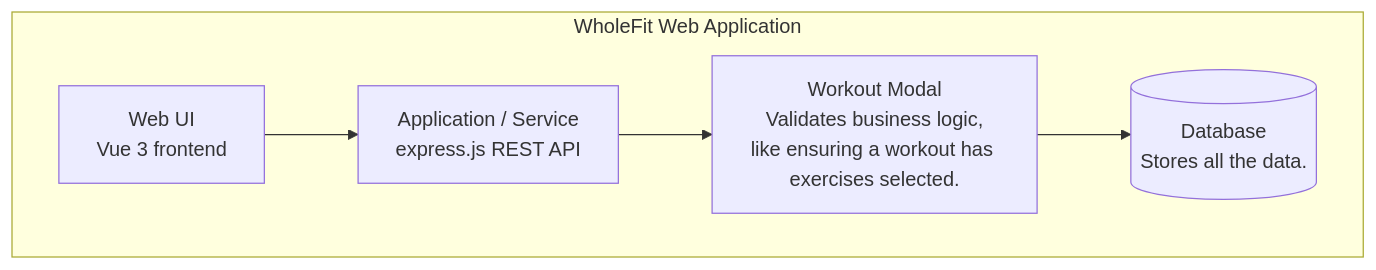
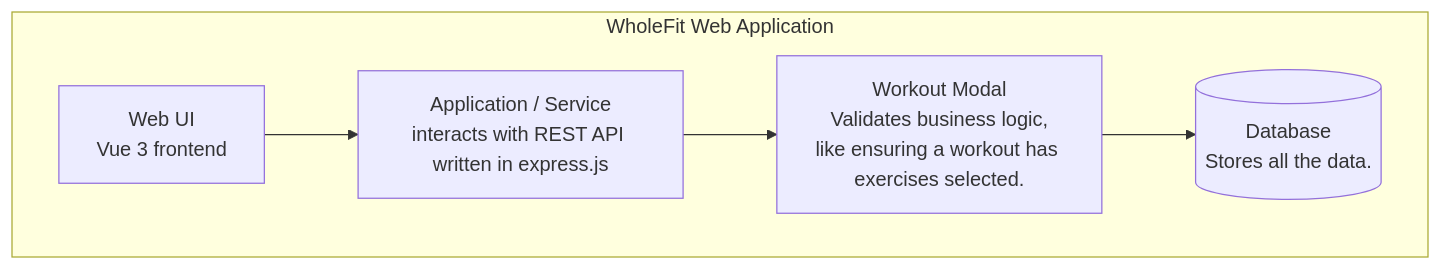
One commit to GoldLion72/cen5064-project-lusbel changed the second of 4 diagrams in README.md. Above: the diagram before and after it, drawn with Mermaid.

Commit message:
Update README.md: made some minor modficiations

````diff
--- a/README.md
+++ b/README.md
@@ -72,9 +72,9 @@
 ```mermaid
 %% Container view: your containers should match the tier table above.
 flowchart TB
     subgraph WholeFit [WholeFit Web Application]
-        ui[Web UI<br/>Vue 3 frontend] --> api[Application / Service<br/>express.js REST API]
+        ui[Web UI<br/>Vue 3 frontend] --> api[Application / Service<br/>interacts with REST API written in express.js]
         api --> domain[Workout Modal<br/> Validates business logic, like ensuring a workout has exercises selected.]
         domain --> db[(Database<br/>Stores all the data.)]
     end
 ```
````
